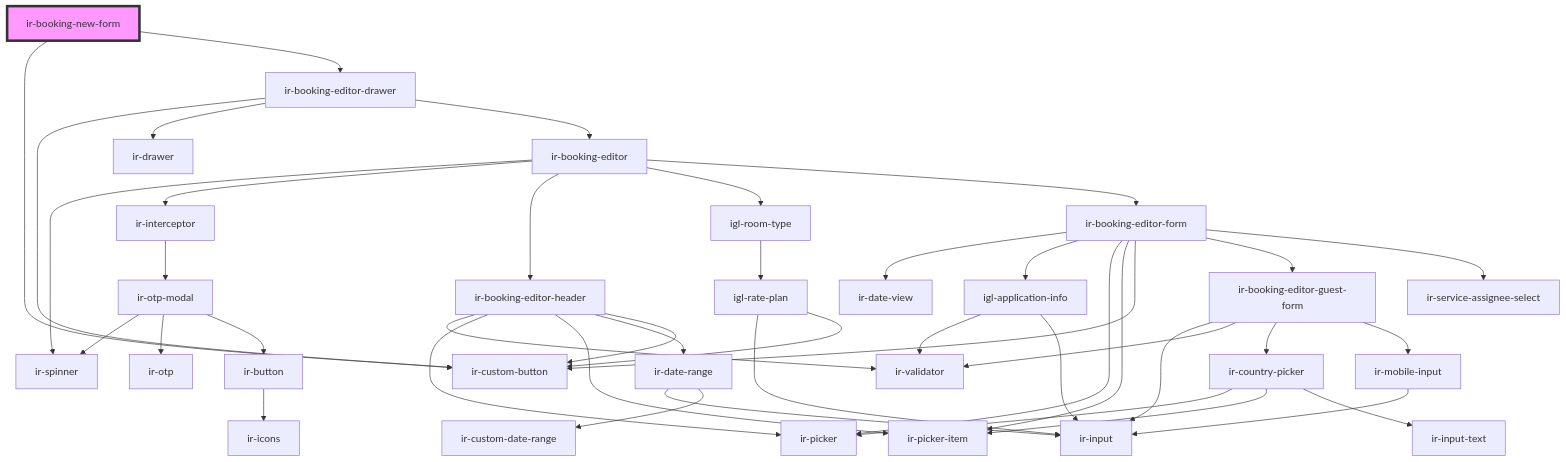
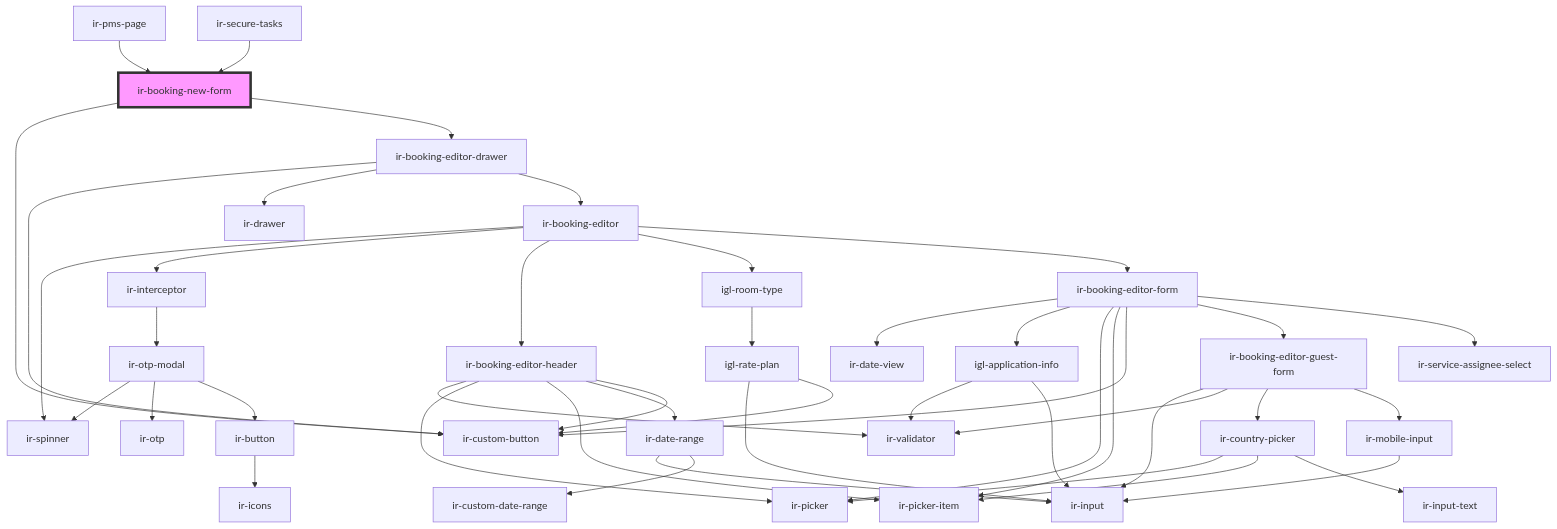
The diagram in src/components/ir-booking-new-form/readme.md (RonyRizk/ir-webcmp), drawn with Mermaid before and after one commit. The commit also changed other lines of this file and 19 other files, not shown here.

````diff
--- a/src/components/ir-booking-new-form/readme.md
+++ b/src/components/ir-booking-new-form/readme.md
@@ -25,46 +30,48 @@
 ```mermaid
 graph TD;
   ir-booking-new-form --> ir-custom-button
   ir-booking-new-form --> ir-booking-editor-drawer
   ir-booking-editor-drawer --> ir-custom-button
   ir-booking-editor-drawer --> ir-drawer
   ir-booking-editor-drawer --> ir-booking-editor
   ir-booking-editor --> ir-spinner
   ir-booking-editor --> ir-interceptor
   ir-booking-editor --> ir-booking-editor-header
   ir-booking-editor --> igl-room-type
   ir-booking-editor --> ir-booking-editor-form
   ir-interceptor --> ir-otp-modal
   ir-otp-modal --> ir-spinner
   ir-otp-modal --> ir-otp
   ir-otp-modal --> ir-button
   ir-button --> ir-icons
   ir-booking-editor-header --> ir-validator
   ir-booking-editor-header --> ir-picker
   ir-booking-editor-header --> ir-picker-item
   ir-booking-editor-header --> ir-date-range
   ir-booking-editor-header --> ir-custom-button
   ir-date-range --> ir-input
   ir-date-range --> ir-custom-date-range
   igl-room-type --> igl-rate-plan
   igl-rate-plan --> ir-input
   igl-rate-plan --> ir-custom-button
   ir-booking-editor-form --> ir-date-view
   ir-booking-editor-form --> igl-application-info
   ir-booking-editor-form --> ir-picker
   ir-booking-editor-form --> ir-picker-item
   ir-booking-editor-form --> ir-custom-button
   ir-booking-editor-form --> ir-booking-editor-guest-form
   ir-booking-editor-form --> ir-service-assignee-select
   igl-application-info --> ir-validator
   igl-application-info --> ir-input
   ir-booking-editor-guest-form --> ir-input
   ir-booking-editor-guest-form --> ir-validator
   ir-booking-editor-guest-form --> ir-country-picker
   ir-booking-editor-guest-form --> ir-mobile-input
   ir-country-picker --> ir-picker
   ir-country-picker --> ir-picker-item
   ir-country-picker --> ir-input-text
   ir-mobile-input --> ir-input
+  ir-pms-page --> ir-booking-new-form
+  ir-secure-tasks --> ir-booking-new-form
   style ir-booking-new-form fill:#f9f,stroke:#333,stroke-width:4px
 ```
````
